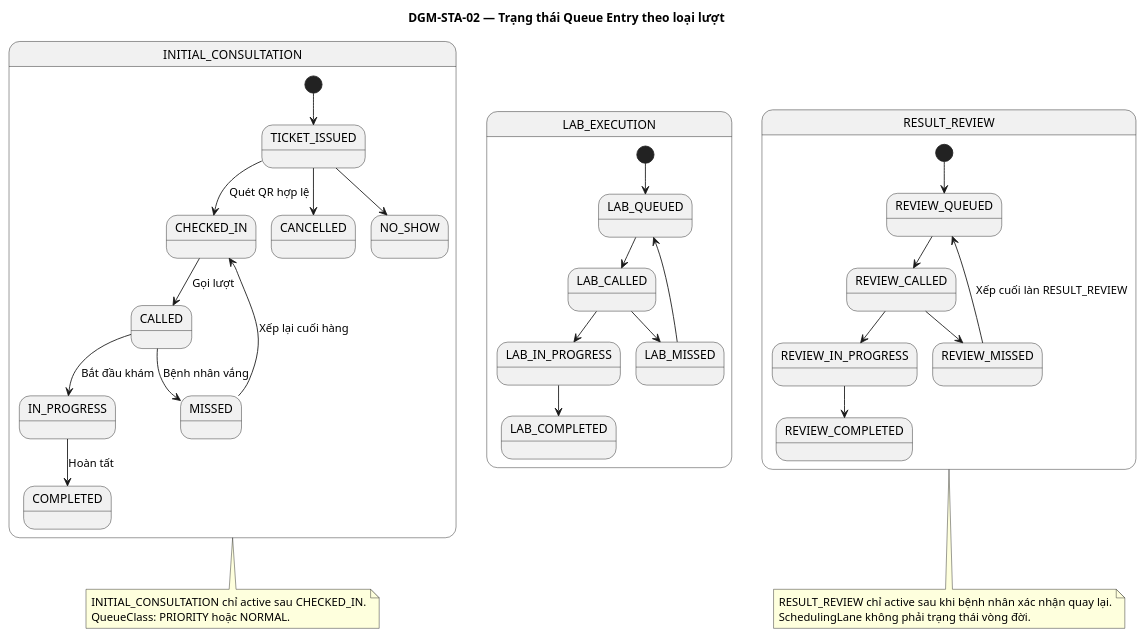
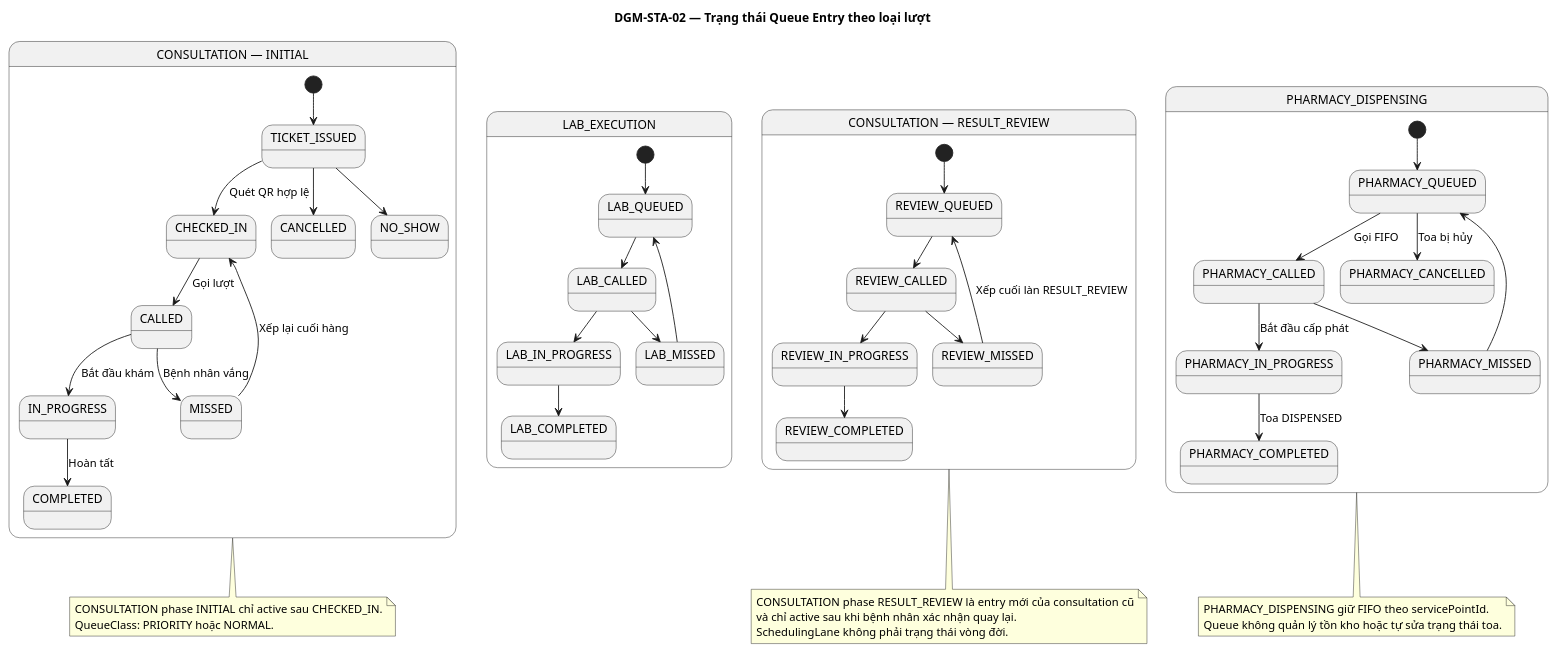
The diagram in docs/report/chapter-03/diagrams/state/dgm-sta-02-queue-entry.puml (ntkhai268/careflow), drawn with PlantUML before and after one commit. The commit also changed 18 other files, not shown here.

Commit message:
docs: refine queue types and pharmacy dispensing flow

```diff
--- a/docs/report/chapter-03/diagrams/state/dgm-sta-02-queue-entry.puml
+++ b/docs/report/chapter-03/diagrams/state/dgm-sta-02-queue-entry.puml
@@ -1,46 +1,62 @@
 @startuml
 title DGM-STA-02 — Trạng thái Queue Entry theo loại lượt
 skinparam backgroundColor white
 skinparam shadowing false
 skinparam defaultFontName Arial
 
-state "INITIAL_CONSULTATION" as Initial {
+state "CONSULTATION — INITIAL" as Initial {
   [*] --> TICKET_ISSUED
   TICKET_ISSUED --> CHECKED_IN : Quét QR hợp lệ
   CHECKED_IN --> CALLED : Gọi lượt
   CALLED --> IN_PROGRESS : Bắt đầu khám
   IN_PROGRESS --> COMPLETED : Hoàn tất
   CALLED --> MISSED : Bệnh nhân vắng
   MISSED --> CHECKED_IN : Xếp lại cuối hàng
   TICKET_ISSUED --> CANCELLED
   TICKET_ISSUED --> NO_SHOW
 }
 
 state "LAB_EXECUTION" as LabQueue {
   [*] --> LAB_QUEUED
   LAB_QUEUED --> LAB_CALLED
   LAB_CALLED --> LAB_IN_PROGRESS
   LAB_IN_PROGRESS --> LAB_COMPLETED
   LAB_CALLED --> LAB_MISSED
   LAB_MISSED --> LAB_QUEUED
 }
 
-state "RESULT_REVIEW" as ReviewQueue {
+state "CONSULTATION — RESULT_REVIEW" as ReviewQueue {
   [*] --> REVIEW_QUEUED
   REVIEW_QUEUED --> REVIEW_CALLED
   REVIEW_CALLED --> REVIEW_IN_PROGRESS
   REVIEW_IN_PROGRESS --> REVIEW_COMPLETED
   REVIEW_CALLED --> REVIEW_MISSED
   REVIEW_MISSED --> REVIEW_QUEUED : Xếp cuối làn RESULT_REVIEW
 }
 
+state "PHARMACY_DISPENSING" as PharmacyQueue {
+  [*] --> PHARMACY_QUEUED
+  PHARMACY_QUEUED --> PHARMACY_CALLED : Gọi FIFO
+  PHARMACY_CALLED --> PHARMACY_IN_PROGRESS : Bắt đầu cấp phát
+  PHARMACY_IN_PROGRESS --> PHARMACY_COMPLETED : Toa DISPENSED
+  PHARMACY_CALLED --> PHARMACY_MISSED
+  PHARMACY_MISSED --> PHARMACY_QUEUED
+  PHARMACY_QUEUED --> PHARMACY_CANCELLED : Toa bị hủy
+}
+
 note bottom of Initial
-  INITIAL_CONSULTATION chỉ active sau CHECKED_IN.
+  CONSULTATION phase INITIAL chỉ active sau CHECKED_IN.
   QueueClass: PRIORITY hoặc NORMAL.
 end note
 
 note bottom of ReviewQueue
-  RESULT_REVIEW chỉ active sau khi bệnh nhân xác nhận quay lại.
+  CONSULTATION phase RESULT_REVIEW là entry mới của consultation cũ
+  và chỉ active sau khi bệnh nhân xác nhận quay lại.
   SchedulingLane không phải trạng thái vòng đời.
 end note
+
+note bottom of PharmacyQueue
+  PHARMACY_DISPENSING giữ FIFO theo servicePointId.
+  Queue không quản lý tồn kho hoặc tự sửa trạng thái toa.
+end note
 @enduml
```
